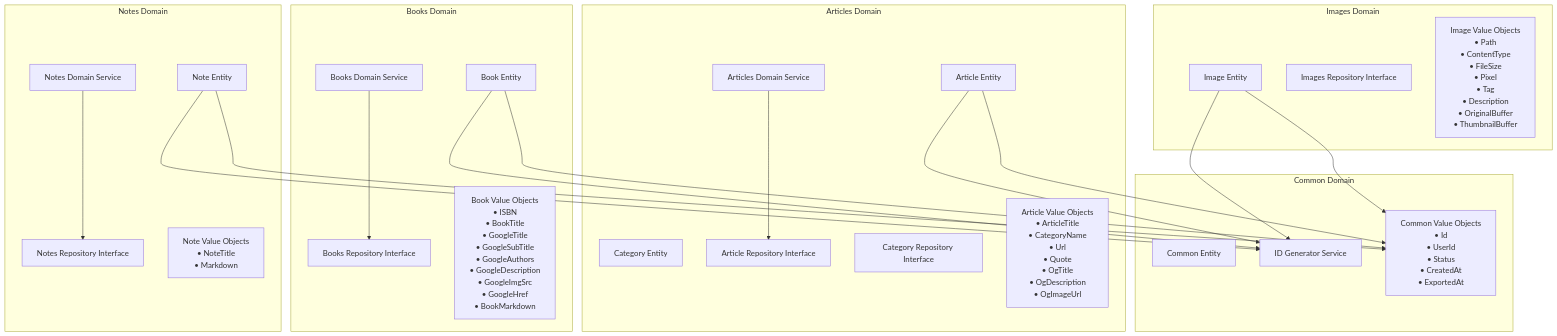
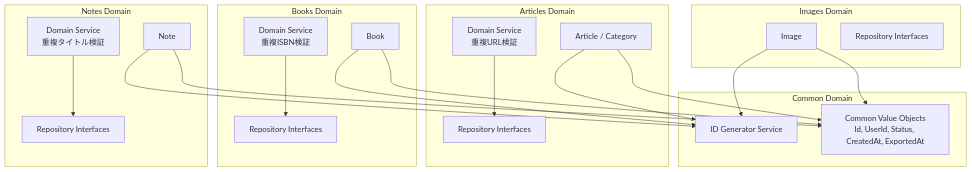
Before and after one commit to s-hirano-ist/s-private: the second of 5 diagrams in docs/domain-model.md, drawn with Mermaid. The commit also changed other lines of this file and 5 other files, not shown here.

Commit message:
Remove domain classes diagram and related documentation; refactor domain model documentation for clarity and structure; delete obsolete DI container proposal document.

````diff
--- a/docs/domain-model.md
+++ b/docs/domain-model.md
@@ -116,52 +116,44 @@
 ```mermaid
 graph TB
     subgraph "Common Domain"
-        CommonEntity[Common Entity]
         IdGenerator[ID Generator Service]
-        CommonTypes[Common Value Objects<br/>• Id<br/>• UserId<br/>• Status<br/>• CreatedAt<br/>• ExportedAt]
+        CommonTypes[Common Value Objects<br/>Id, UserId, Status, CreatedAt, ExportedAt]
     end
 
     subgraph "Articles Domain"
-        ArticleEntity[Article Entity]
-        CategoryEntity[Category Entity]
-        ArticleRepo[Article Repository Interface]
-        CategoryRepo[Category Repository Interface]
-        ArticleService[Articles Domain Service]
-        ArticleTypes[Article Value Objects<br/>• ArticleTitle<br/>• CategoryName<br/>• Url<br/>• Quote<br/>• OgTitle<br/>• OgDescription<br/>• OgImageUrl]
+        ArticleEntity[Article / Category]
+        ArticleRepo[Repository Interfaces]
+        ArticleService[Domain Service<br/>重複URL検証]
     end
 
     subgraph "Books Domain"
-        BookEntity[Book Entity]
-        BookRepo[Books Repository Interface]
-        BookService[Books Domain Service]
-        BookTypes[Book Value Objects<br/>• ISBN<br/>• BookTitle<br/>• GoogleTitle<br/>• GoogleSubTitle<br/>• GoogleAuthors<br/>• GoogleDescription<br/>• GoogleImgSrc<br/>• GoogleHref<br/>• BookMarkdown]
+        BookEntity[Book]
+        BookRepo[Repository Interfaces]
+        BookService[Domain Service<br/>重複ISBN検証]
     end
 
     subgraph "Notes Domain"
-        NoteEntity[Note Entity]
-        NoteRepo[Notes Repository Interface]
-        NoteService[Notes Domain Service]
-        NoteTypes[Note Value Objects<br/>• NoteTitle<br/>• Markdown]
+        NoteEntity[Note]
+        NoteRepo[Repository Interfaces]
+        NoteService[Domain Service<br/>重複タイトル検証]
     end
 
     subgraph "Images Domain"
-        ImageEntity[Image Entity]
-        ImageRepo[Images Repository Interface]
-        ImageTypes[Image Value Objects<br/>• Path<br/>• ContentType<br/>• FileSize<br/>• Pixel<br/>• Tag<br/>• Description<br/>• OriginalBuffer<br/>• ThumbnailBuffer]
+        ImageEntity[Image]
+        ImageRepo[Repository Interfaces]
     end
 
-    %% Dependencies (all domains depend on Common)
     ArticleEntity --> CommonTypes
     BookEntity --> CommonTypes
     NoteEntity --> CommonTypes
     ImageEntity --> CommonTypes
-    
+
     ArticleEntity --> IdGenerator
     BookEntity --> IdGenerator
     NoteEntity --> IdGenerator
     ImageEntity --> IdGenerator
 
     ArticleService --> ArticleRepo
     BookService --> BookRepo
     NoteService --> NoteRepo
 ```
````
